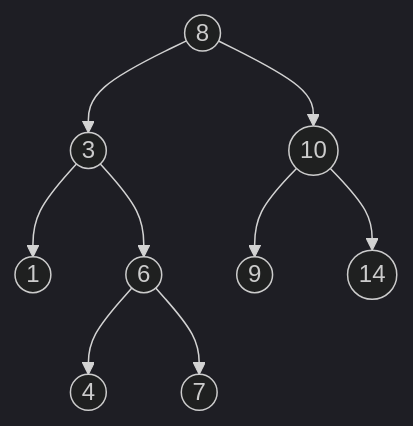
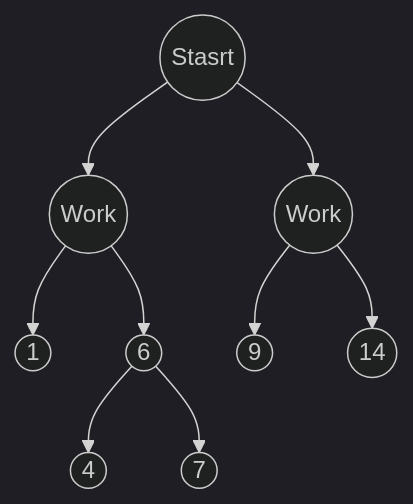
One commit to srinu2003/srinu2003 changed the diagram in README.md. Above: the diagram before and after it, drawn with Mermaid (dark theme). The commit also changed other lines of this file, not shown here.

````diff
--- a/README.md
+++ b/README.md
@@ -13,12 +13,12 @@
 ```mermaid
 
 graph TB;
-    A((8))-->B((3))
-    A-->C((10))
+    A((Stasrt))-->B((Work))
+    A-->C((Work))
     B-->D((1))
     B-->E((6))
     C-->F((9))
     C-->G((14))
     E-->H((4))
     E-->I((7))
 ```
````
